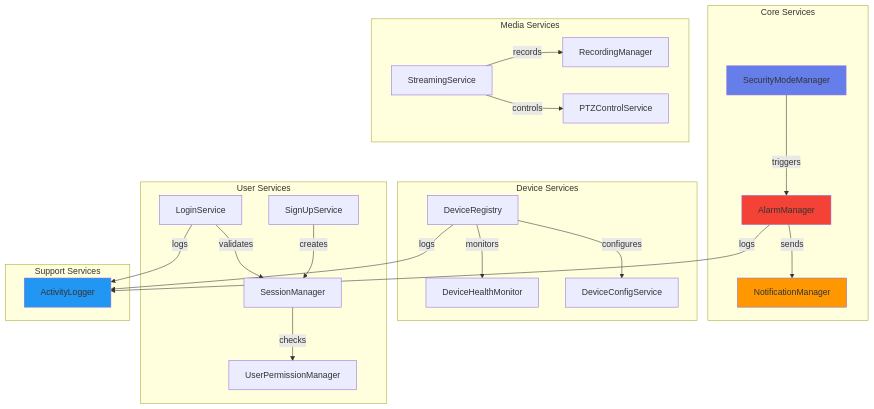
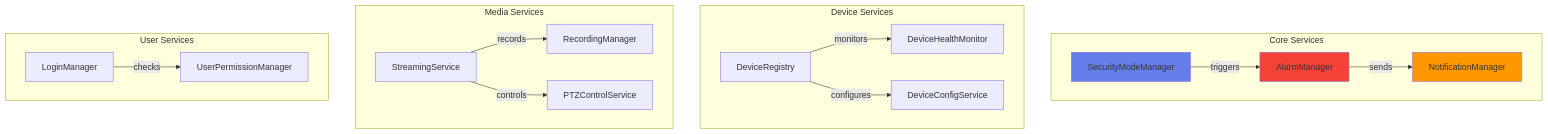
One commit to mj010101/swe_25f changed diagram 13 of 13 in diagrams/business_class_diagram.md. Above: the diagram before and after it, drawn with Mermaid. The commit also changed other lines of this file and 4 other files, not shown here.

````diff
--- a/diagrams/business_class_diagram.md
+++ b/diagrams/business_class_diagram.md
@@ -536,53 +390,40 @@
 ```mermaid
 graph TB
     subgraph "Core Services"
         SMM[SecurityModeManager]
         AM[AlarmManager]
         NM[NotificationManager]
     end
 
     subgraph "Device Services"
         DR[DeviceRegistry]
         DHM[DeviceHealthMonitor]
         DCS[DeviceConfigService]
     end
 
     subgraph "Media Services"
         RM[RecordingManager]
         SS[StreamingService]
         PTZ[PTZControlService]
     end
 
     subgraph "User Services"
-        SUS[SignUpService]
-        LS[LoginService]
-        SM[SessionManager]
+        LM[LoginManager]
         UPM[UserPermissionManager]
-    end
-
-    subgraph "Support Services"
-        AL[ActivityLogger]
     end
 
     SMM -->|triggers| AM
     AM -->|sends| NM
 
     DR -->|monitors| DHM
     DR -->|configures| DCS
 
     SS -->|records| RM
     SS -->|controls| PTZ
 
-    SUS -->|creates| SM
-    LS -->|validates| SM
-    SM -->|checks| UPM
-
-    AM -->|logs| AL
-    LS -->|logs| AL
-    DR -->|logs| AL
+    LM -->|checks| UPM
 
     style SMM fill:#667eea
     style AM fill:#F44336
     style NM fill:#FF9800
-    style AL fill:#2196F3
 ```
````
